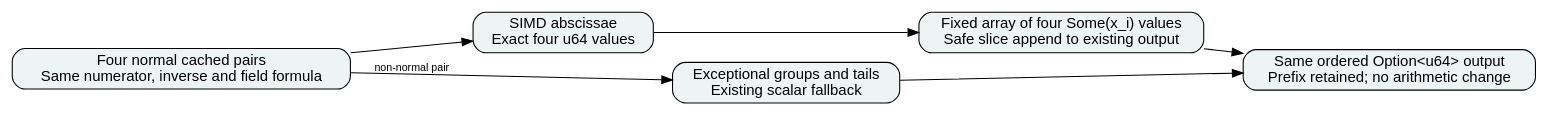
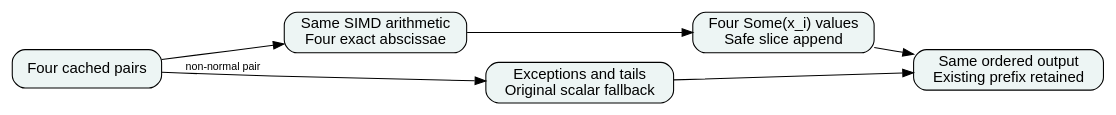
The diagram in experiments/ic-simd-output-20261116/output-flow.dot (isogeny-labs/cryptanalysis), drawn with Graphviz before and after one commit. The commit also changed 29 other files, not shown here.

Commit message:
Reject slower SIMD output append and restore compact baseline with frozen evidence

```diff
--- a/experiments/ic-simd-output-20261116/output-flow.dot
+++ b/experiments/ic-simd-output-20261116/output-flow.dot
@@ -1,11 +1,11 @@
 digraph output {
  rankdir=LR; bgcolor="white"; node [shape=box,style="rounded,filled",fillcolor="#edf5f4",fontname="Helvetica"]; edge [fontname="Helvetica",fontsize=10];
- input [label="Four normal cached pairs\nSame numerator, inverse and field formula"];
- lanes [label="SIMD abscissae\nExact four u64 values"];
- array [label="Fixed array of four Some(x_i) values\nSafe slice append to existing output"];
- fallback [label="Exceptional groups and tails\nExisting scalar fallback"];
- result [label="Same ordered Option<u64> output\nPrefix retained; no arithmetic change"];
+ input [label="Four cached pairs"];
+ lanes [label="Same SIMD arithmetic\nFour exact abscissae"];
+ array [label="Four Some(x_i) values\nSafe slice append"];
+ fallback [label="Exceptions and tails\nOriginal scalar fallback"];
+ result [label="Same ordered output\nExisting prefix retained"];
  input -> lanes -> array -> result;
  input -> fallback [label="non-normal pair"];
  fallback -> result;
 }
```
